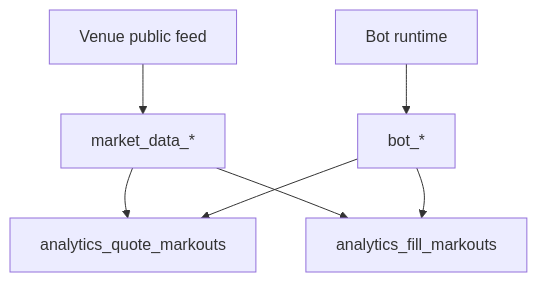
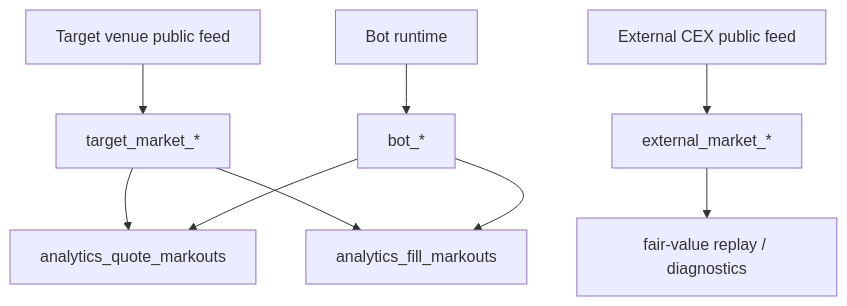
One commit to posaune0423/simple-mm-bot changed the third of 5 diagrams in docs/ARCHITECTURE.md. Above: the diagram before and after it, drawn with Mermaid. The commit also changed other lines of this file and 78 other files, not shown here.

Commit message:
feat: add external fair market data support

````diff
--- a/docs/ARCHITECTURE.md
+++ b/docs/ARCHITECTURE.md
@@ -35,9 +45,11 @@
 ```mermaid
 flowchart TD
-    VenueFeed["Venue public feed"] --> MarketData["market_data_*"]
+    TargetFeed["Target venue public feed"] --> TargetMarket["target_market_*"]
+    ExternalFeed["External CEX public feed"] --> ExternalMarket["external_market_*"]
     BotRuntime["Bot runtime"] --> BotFacts["bot_*"]
-    MarketData --> QuoteView["analytics_quote_markouts"]
-    MarketData --> FillView["analytics_fill_markouts"]
+    TargetMarket --> QuoteView["analytics_quote_markouts"]
+    TargetMarket --> FillView["analytics_fill_markouts"]
+    ExternalMarket --> FairReplay["fair-value replay / diagnostics"]
     BotFacts --> QuoteView
     BotFacts --> FillView
 ```
````
